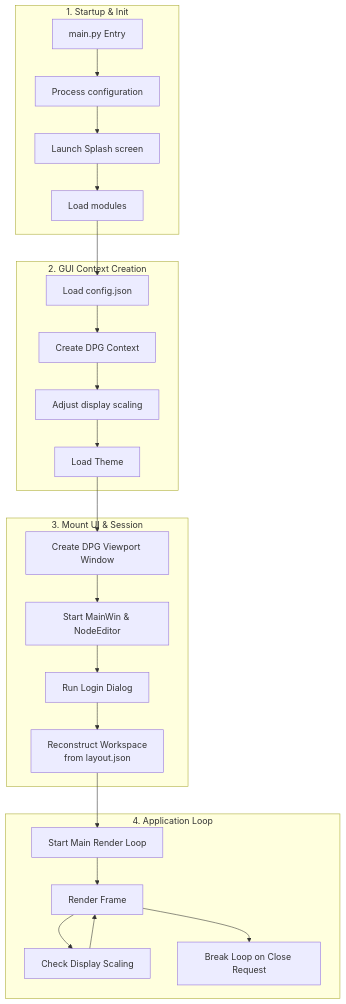
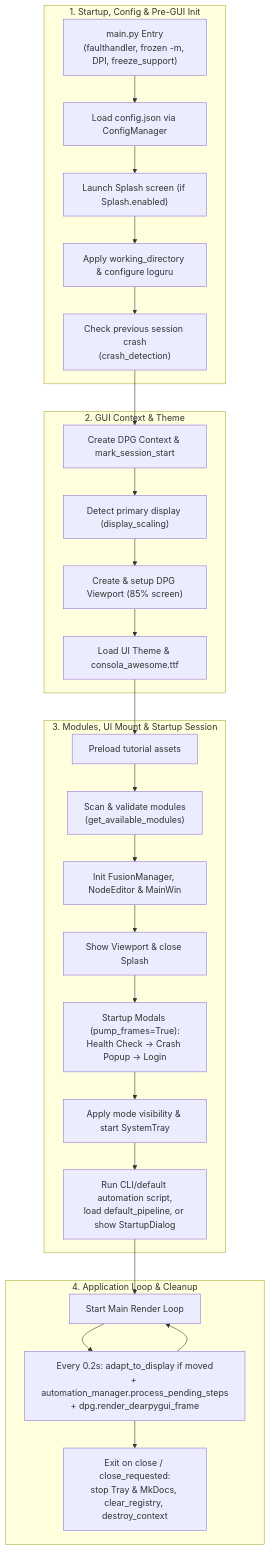
The first of 3 diagrams in docs/architecture.md (n3odym3/Pipeline_creator), drawn with Mermaid before and after one commit. The commit also changed other lines of this file and 18 other files, not shown here.

````diff
--- a/docs/architecture.md
+++ b/docs/architecture.md
@@ -9,27 +9,30 @@
 ```mermaid
 graph TD
-    subgraph Boot["1. Startup & Init"]
-        A[main.py Entry] --> B[Process configuration]
-        B --> C[Launch Splash screen]
-        C --> C1[Load modules]
+    subgraph Boot["1. Startup, Config & Pre-GUI Init"]
+        A["main.py Entry\n(faulthandler, frozen -m, DPI, freeze_support)"] --> B["Load config.json via ConfigManager"]
+        B --> C["Launch Splash screen (if Splash.enabled)"]
+        C --> C1["Apply working_directory & configure loguru"]
+        C1 --> C2["Check previous session crash\n(crash_detection)"]
     end
-    subgraph DPG["2. GUI Context Creation"]
-        C1 --> D[Load config.json]
-        D --> E[Create DPG Context]
-        E --> F[Adjust display scaling]
-        F --> G[Load Theme]
+    subgraph DPG["2. GUI Context & Theme"]
+        C2 --> D["Create DPG Context & mark_session_start"]
+        D --> E["Detect primary display (display_scaling)"]
+        E --> F["Create & setup DPG Viewport (85% screen)"]
+        F --> G["Load UI Theme & consola_awesome.ttf"]
     end
-    subgraph Mount["3. Mount UI & Session"]
-        G --> H[Create DPG Viewport Window]
-        H --> I[Start MainWin & NodeEditor]
-        I --> J[Run Login Dialog]
-        J --> L[Reconstruct Workspace \n from layout.json]
+    subgraph Mount["3. Modules, UI Mount & Startup Session"]
+        G --> H["Preload tutorial assets"]
+        H --> I["Scan & validate modules\n(get_available_modules)"]
+        I --> J["Init FusionManager, NodeEditor & MainWin"]
+        J --> K["Show Viewport & close Splash"]
+        K --> L["Startup Modals (pump_frames=True):\nHealth Check -> Crash Popup -> Login"]
+        L --> M["Apply mode visibility & start SystemTray"]
+        M --> N["Run CLI/default automation script,\nload default_pipeline, or show StartupDialog"]
     end
-    subgraph Runtime["4. Application Loop"]
-        L --> M[Start Main Render Loop]
-        M --> M1[Render Frame]
-        M1 --> M2[Check Display Scaling]
-        M2 --> M1
-        M1 --> O[Break Loop on Close Request]
+    subgraph Runtime["4. Application Loop & Cleanup"]
+        N --> O["Start Main Render Loop"]
+        O --> P["Every 0.2s: adapt_to_display if moved\n+ automation_manager.process_pending_steps\n+ dpg.render_dearpygui_frame"]
+        P --> O
+        P --> Q["Exit on close / close_requested:\nstop Tray & MkDocs, clear_registry, destroy_context"]
     end
 ```
````
